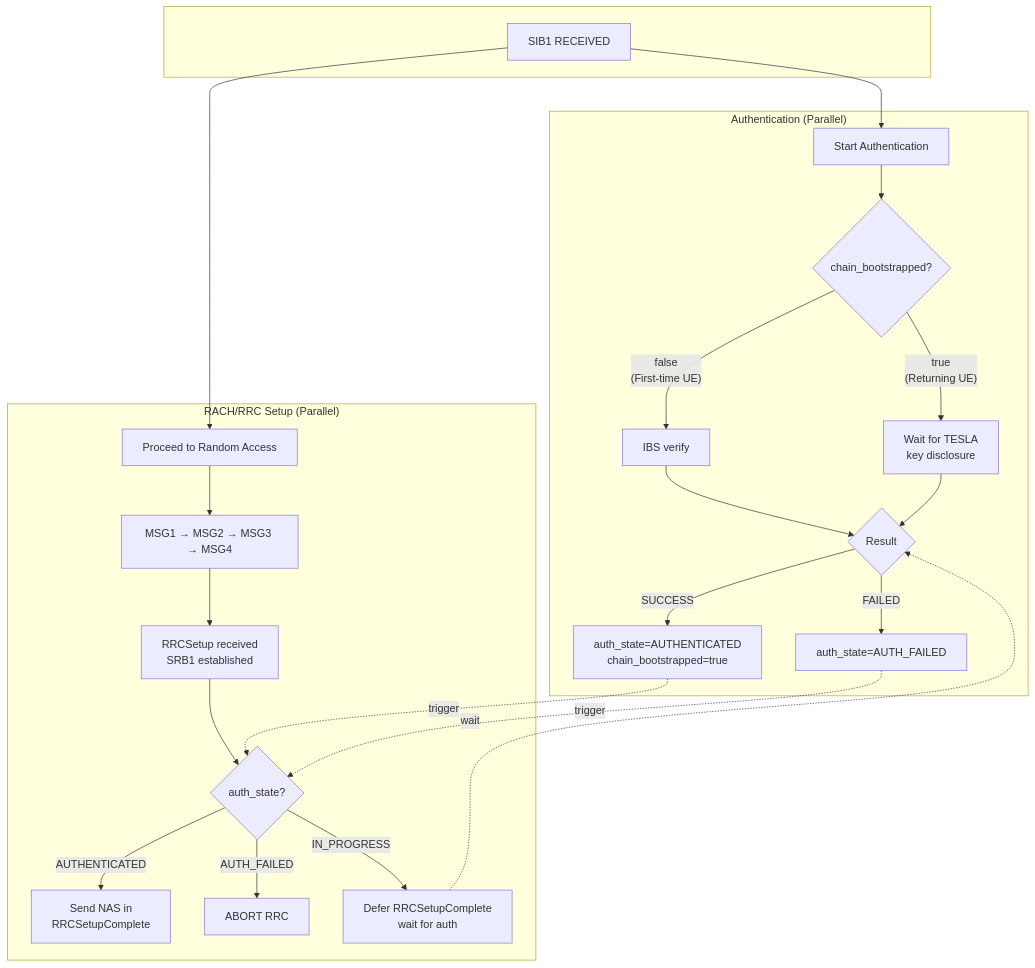
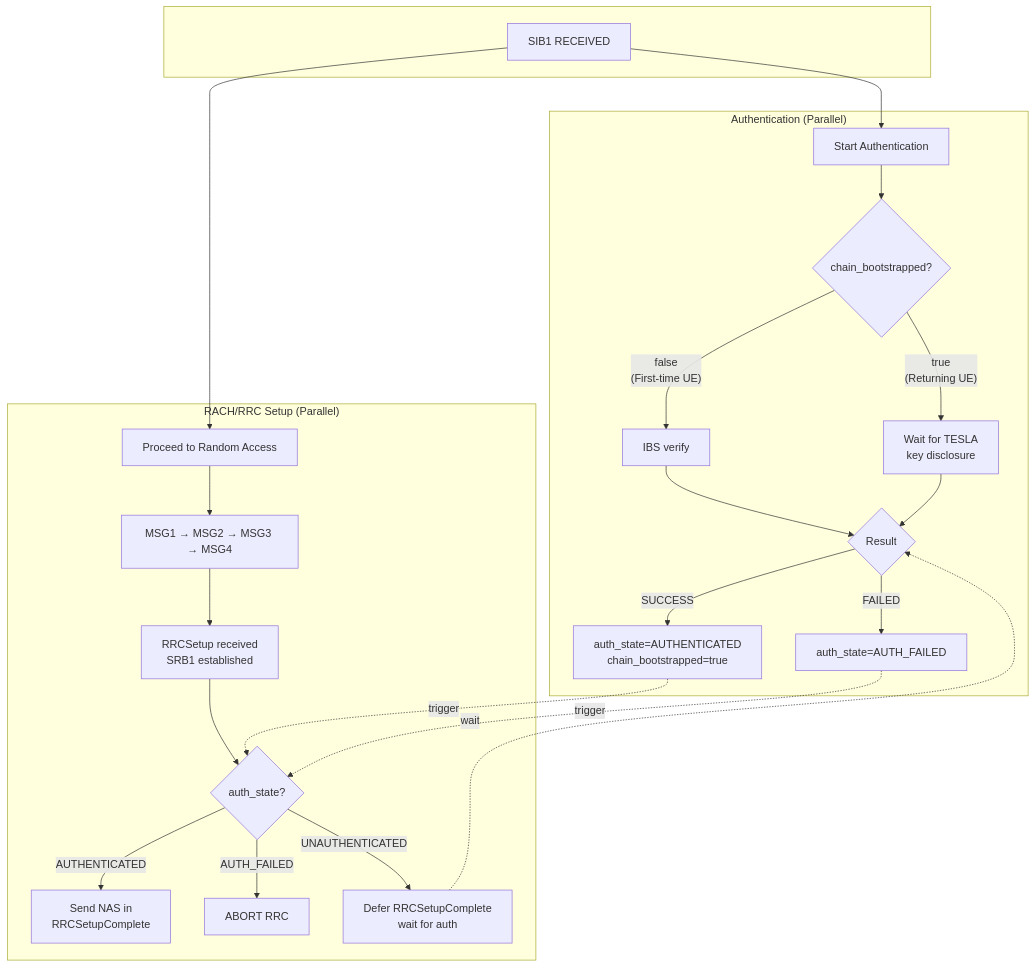
Before and after one commit to ssubinsong/oai-tf5: the diagram in doc-tf5/ue-implementation.md, drawn with Mermaid. The commit also changed other lines of this file and 3 other files, not shown here.

````diff
--- a/doc-tf5/ue-implementation.md
+++ b/doc-tf5/ue-implementation.md
@@ -83,35 +82,35 @@
 ```mermaid
 flowchart TB
     subgraph start[" "]
         SIB1["SIB1 RECEIVED"]
     end
 
     SIB1 --> AUTH
     SIB1 --> RACH
 
     subgraph left["Authentication (Parallel)"]
         AUTH["Start Authentication"]
         AUTH --> CHECK{"chain_bootstrapped?"}
         CHECK -->|"false<br/>(First-time UE)"| IBS["IBS verify"]
         CHECK -->|"true<br/>(Returning UE)"| TESLA["Wait for TESLA<br/>key disclosure"]
         IBS --> RESULT
         TESLA --> RESULT
         RESULT{"Result"}
         RESULT -->|SUCCESS| SUCCESS["auth_state=AUTHENTICATED<br/>chain_bootstrapped=true"]
         RESULT -->|FAILED| FAILED["auth_state=AUTH_FAILED"]
     end
 
     subgraph right["RACH/RRC Setup (Parallel)"]
         RACH["Proceed to Random Access"]
         RACH --> MSGS["MSG1 → MSG2 → MSG3 → MSG4"]
         MSGS --> RRCSETUP["RRCSetup received<br/>SRB1 established"]
         RRCSETUP --> GATE{"auth_state?"}
         GATE -->|"AUTHENTICATED"| NAS["Send NAS in<br/>RRCSetupComplete"]
         GATE -->|"AUTH_FAILED"| ABORT["ABORT RRC"]
-        GATE -->|"IN_PROGRESS"| DEFER["Defer RRCSetupComplete<br/>wait for auth"]
+        GATE -->|"UNAUTHENTICATED"| DEFER["Defer RRCSetupComplete<br/>wait for auth"]
     end
 
     SUCCESS -.->|"trigger"| GATE
     FAILED -.->|"trigger"| GATE
     DEFER -.->|"wait"| RESULT
 ```
````
